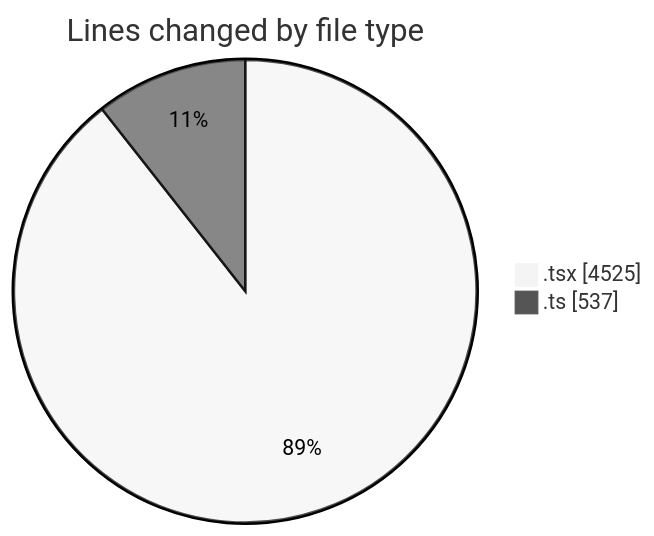
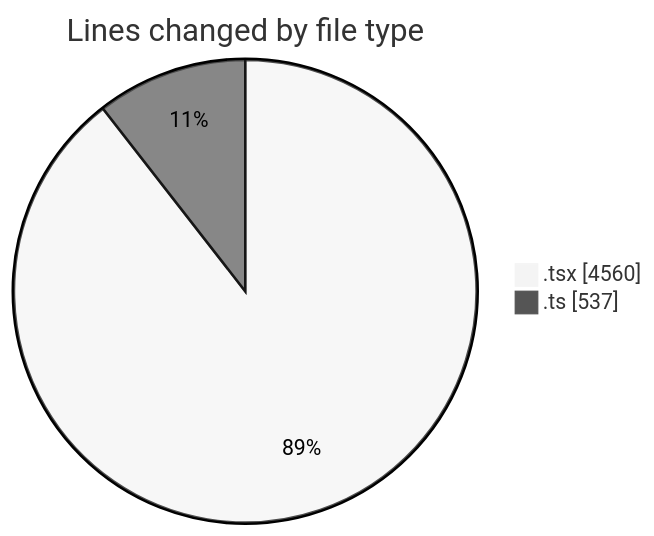
One commit to nxtqubesakshisongat/code-tracking changed the first of 2 diagrams in 2026-03-10/nxtqube_webapp/README.md. Above: the diagram before and after it, drawn with Mermaid (neutral theme). The commit also changed other lines of this file and 1 other file, not shown here.

````diff
--- a/2026-03-10/nxtqube_webapp/README.md
+++ b/2026-03-10/nxtqube_webapp/README.md
@@ -29,6 +29,6 @@
 ```mermaid
 pie showData
 title Lines changed by file type
-".tsx" : 4525
+".tsx" : 4560
 ".ts" : 537
 ```
````
